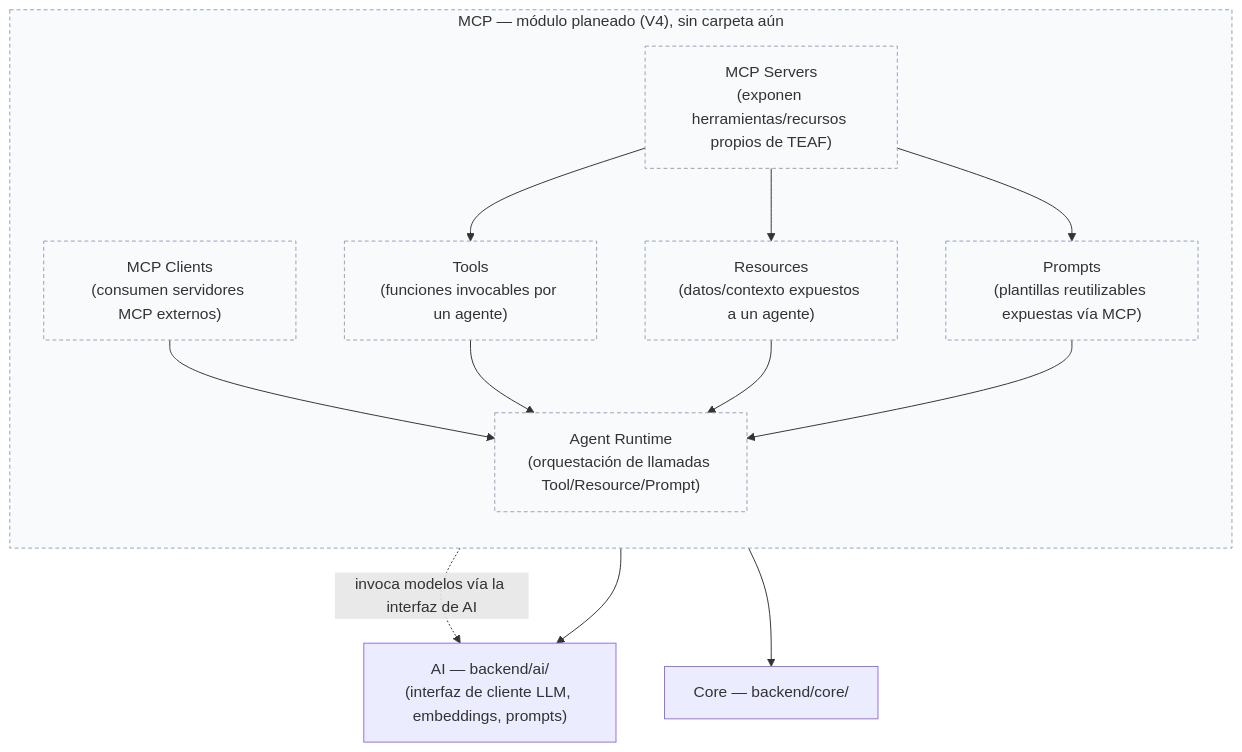
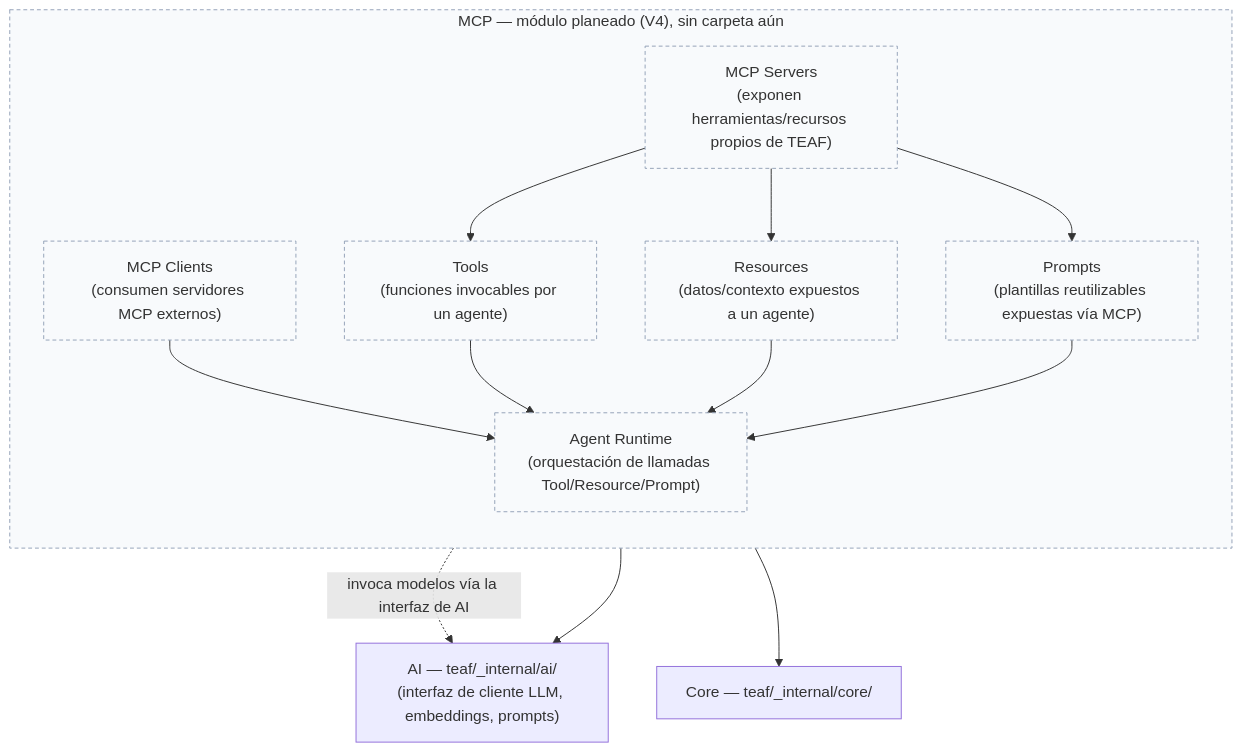
Before and after one commit to jesuscampam/torus-enterprise-framework: the diagram in docs/diagrams/mcp-architecture.mmd, drawn with Mermaid. The commit also changed 326 other files, not shown here.

```diff
--- a/docs/diagrams/mcp-architecture.mmd
+++ b/docs/diagrams/mcp-architecture.mmd
@@ -1,34 +1,34 @@
 %% TEAF — Arquitectura del módulo MCP (Model Context Protocol)
 %% MCP depende de AI y Core (ver dependency-map.mmd); este diagrama detalla
 %% su estructura interna sin alterar esa dependencia ya aceptada.
 %% Referenciado desde FRAMEWORK-BLUEPRINT.md, sección 4.
 flowchart TB
-    AI["AI — backend/ai/\n(interfaz de cliente LLM, embeddings, prompts)"]
-    CORE["Core — backend/core/"]
+    AI["AI — teaf/_internal/ai/\n(interfaz de cliente LLM, embeddings, prompts)"]
+    CORE["Core — teaf/_internal/core/"]
 
     subgraph MCP["MCP — módulo planeado (V4), sin carpeta aún"]
         direction TB
         SERVERS["MCP Servers\n(exponen herramientas/recursos propios de TEAF)"]
         CLIENTS["MCP Clients\n(consumen servidores MCP externos)"]
         TOOLS["Tools\n(funciones invocables por un agente)"]
         RESOURCES["Resources\n(datos/contexto expuestos a un agente)"]
         PROMPTS_MCP["Prompts\n(plantillas reutilizables expuestas vía MCP)"]
         RUNTIME["Agent Runtime\n(orquestación de llamadas Tool/Resource/Prompt)"]
 
         SERVERS --> TOOLS
         SERVERS --> RESOURCES
         SERVERS --> PROMPTS_MCP
         CLIENTS --> RUNTIME
         TOOLS --> RUNTIME
         RESOURCES --> RUNTIME
         PROMPTS_MCP --> RUNTIME
     end
 
     MCP --> AI
     MCP --> CORE
     RUNTIME -.->|"invoca modelos vía la interfaz de AI"| AI
 
     %% Preparación explícita para capacidades agénticas futuras: Agent Runtime
     %% es el único punto de entrada hacia AI/Core, todo lo demás es interno a MCP.
     classDef planned stroke-dasharray: 4 3, fill:#f8fafc, stroke:#94a3b8
     class MCP,SERVERS,CLIENTS,TOOLS,RESOURCES,PROMPTS_MCP,RUNTIME planned
```
